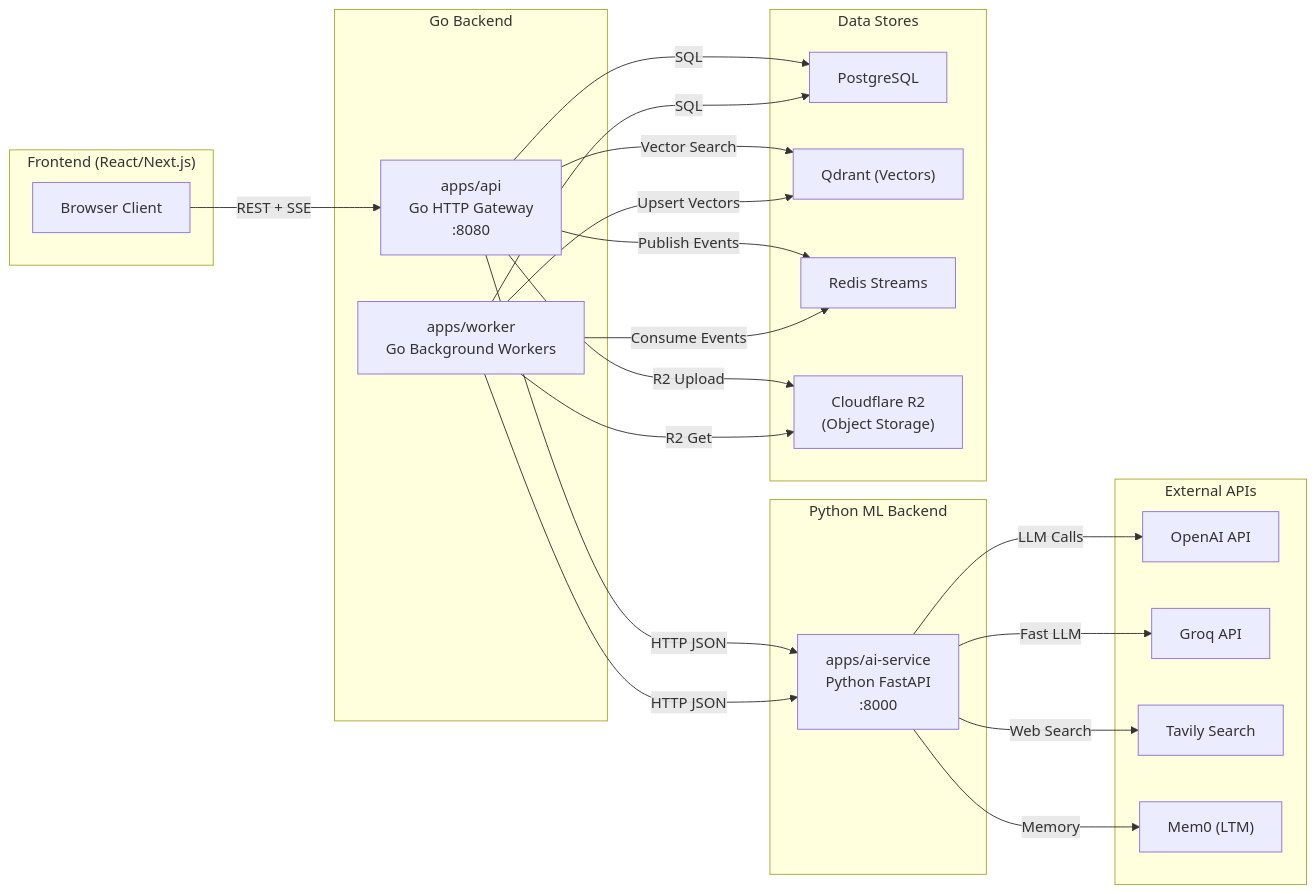
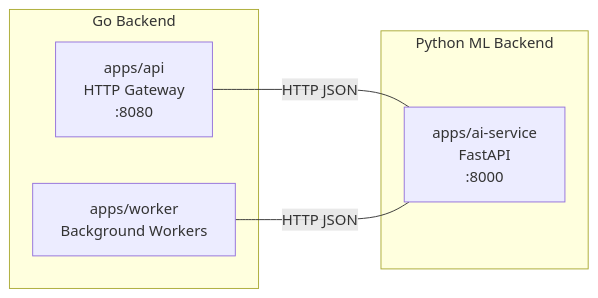
One commit to archaditya/course-bot changed the first of 5 diagrams in architecture_deep_dive.md. Above: the diagram before and after it, drawn with Mermaid. The commit also changed other lines of this file, not shown here.

Commit message:
Updated teh architecture explanation

````diff
--- a/architecture_deep_dive.md
+++ b/architecture_deep_dive.md
@@ -7,47 +9,14 @@
 ```mermaid
 graph LR
-    subgraph "Frontend (React/Next.js)"
-        FE["Browser Client"]
-    end
-
     subgraph "Go Backend"
-        API["apps/api<br/>Go HTTP Gateway<br/>:8080"]
-        WORKER["apps/worker<br/>Go Background Workers"]
+        API["apps/api<br/>HTTP Gateway<br/>:8080"]
+        WORKER["apps/worker<br/>Background Workers"]
     end
 
     subgraph "Python ML Backend"
-        AI["apps/ai-service<br/>Python FastAPI<br/>:8000"]
+        AI["apps/ai-service<br/>FastAPI<br/>:8000"]
     end
 
-    subgraph "Data Stores"
-        PG["PostgreSQL"]
-        QD["Qdrant (Vectors)"]
-        RD["Redis Streams"]
-        R2["Cloudflare R2<br/>(Object Storage)"]
-    end
-
-    subgraph "External APIs"
-        OAI["OpenAI API"]
-        GRQ["Groq API"]
-        TAV["Tavily Search"]
-        MEM["Mem0 (LTM)"]
-    end
-
-    FE -->|REST + SSE| API
-    API -->|HTTP JSON| AI
-    API -->|SQL| PG
-    API -->|Vector Search| QD
-    API -->|Publish Events| RD
-    API -->|R2 Upload| R2
-
-    WORKER -->|Consume Events| RD
-    WORKER -->|SQL| PG
-    WORKER -->|Upsert Vectors| QD
-    WORKER -->|HTTP JSON| AI
-    WORKER -->|R2 Get| R2
-
-    AI -->|LLM Calls| OAI
-    AI -->|Fast LLM| GRQ
-    AI -->|Web Search| TAV
-    AI -->|Memory| MEM
+    API ---|"HTTP JSON"| AI
+    WORKER ---|"HTTP JSON"| AI
 ```
````
